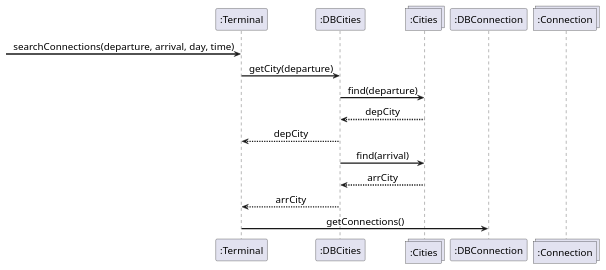
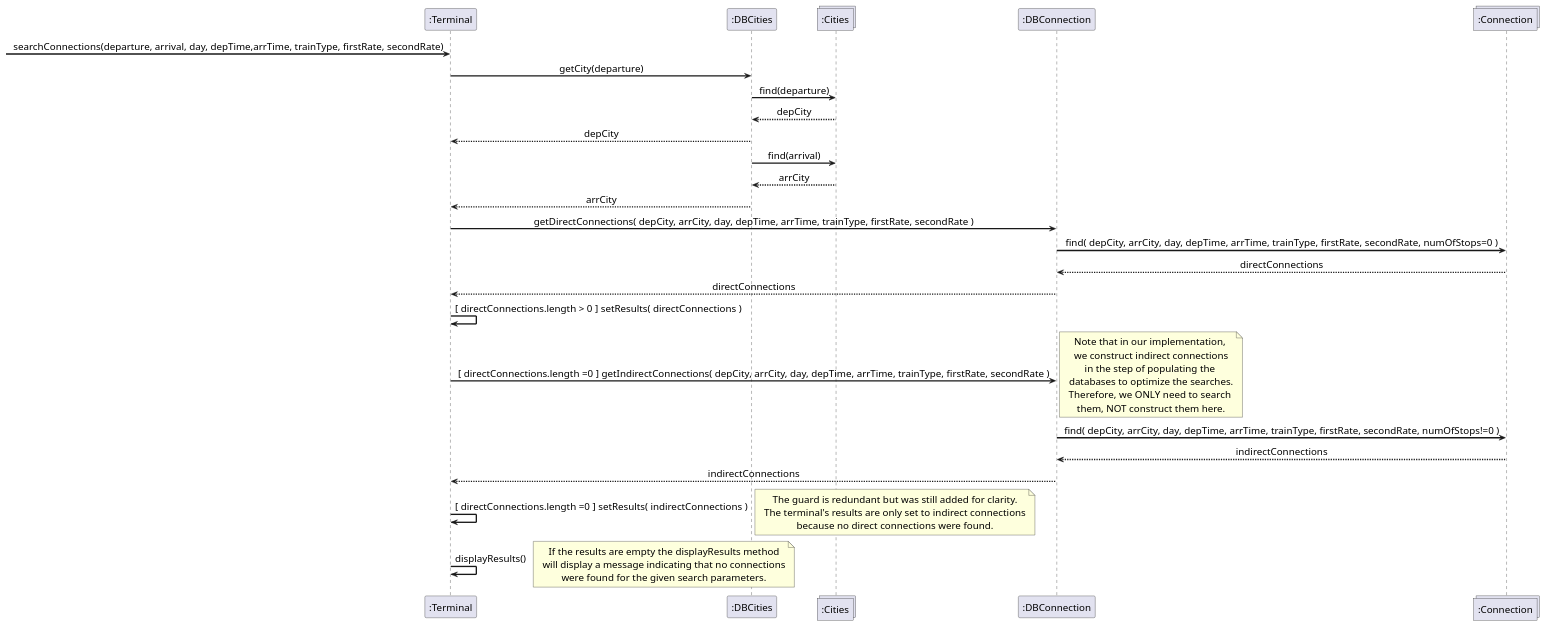
One commit to Cimpo1/SOEN342_2025 changed the diagram in docs/searchConn.plantuml. Above: the diagram before and after it, drawn with PlantUML. The commit also changed 9 other files, not shown here.

Commit message:
added features & functions for searchConnections

```diff
--- a/docs/searchConn.plantuml
+++ b/docs/searchConn.plantuml
@@ -1,29 +1,64 @@
 @startuml searchConn Interaction Sequence Diagram
 skinparam DefaultFontName Arial
 skinparam DefaultFontSize 16
 skinparam DefaultFontStyle bold
 skinparam ArrowThickness 2.2
 skinparam sequenceMessageAlign center
+skinparam noteTextAlignment center
 hide empty members
 
 participant ":Terminal" as terminal
 participant ":DBCities" as dbci
 collections ":Cities" as cMulti
 participant ":DBConnection" as dbco
 collections ":Connection" as connMulti
 
-->terminal:searchConnections(departure, arrival, day, time)
+->terminal:searchConnections(departure, arrival, day, depTime,arrTime, trainType, firstRate, secondRate)
 terminal->dbci :getCity(departure)
 
 dbci->cMulti: find(departure)
 cMulti --> dbci:depCity
 dbci --> terminal:depCity
 
 dbci->cMulti: find(arrival)
 cMulti --> dbci:arrCity
 dbci --> terminal:arrCity
 
-terminal->dbco:getConnections()
+terminal->dbco:getDirectConnections( depCity, arrCity, day, depTime, arrTime, trainType, firstRate, secondRate )
+dbco->connMulti: find( depCity, arrCity, day, depTime, arrTime, trainType, firstRate, secondRate, numOfStops=0 )
+connMulti --> dbco:directConnections
+dbco --> terminal:directConnections
+
+terminal -> terminal: [ directConnections.length > 0 ] setResults( directConnections )
+
+terminal->dbco:[ directConnections.length =0 ] getIndirectConnections( depCity, arrCity, day, depTime, arrTime, trainType, firstRate, secondRate )
+note right
+    Note that in our implementation, 
+    we construct indirect connections
+    in the step of populating the 
+    databases to optimize the searches.
+    Therefore, we ONLY need to search 
+    them, NOT construct them here.
+endnote
+dbco->connMulti: find( depCity, arrCity, day, depTime, arrTime, trainType, firstRate, secondRate, numOfStops!=0 )
+connMulti --> dbco:indirectConnections
+dbco --> terminal:indirectConnections
+
+terminal -> terminal: [ directConnections.length =0 ] setResults( indirectConnections )
+
+note right
+    The guard is redundant but was still added for clarity.
+    The terminal's results are only set to indirect connections
+    because no direct connections were found.
+endnote
+
+terminal ->terminal: displayResults()
+
+note right
+    If the results are empty the displayResults method
+    will display a message indicating that no connections
+    were found for the given search parameters.
+endnote
 
 
 @enduml
```
